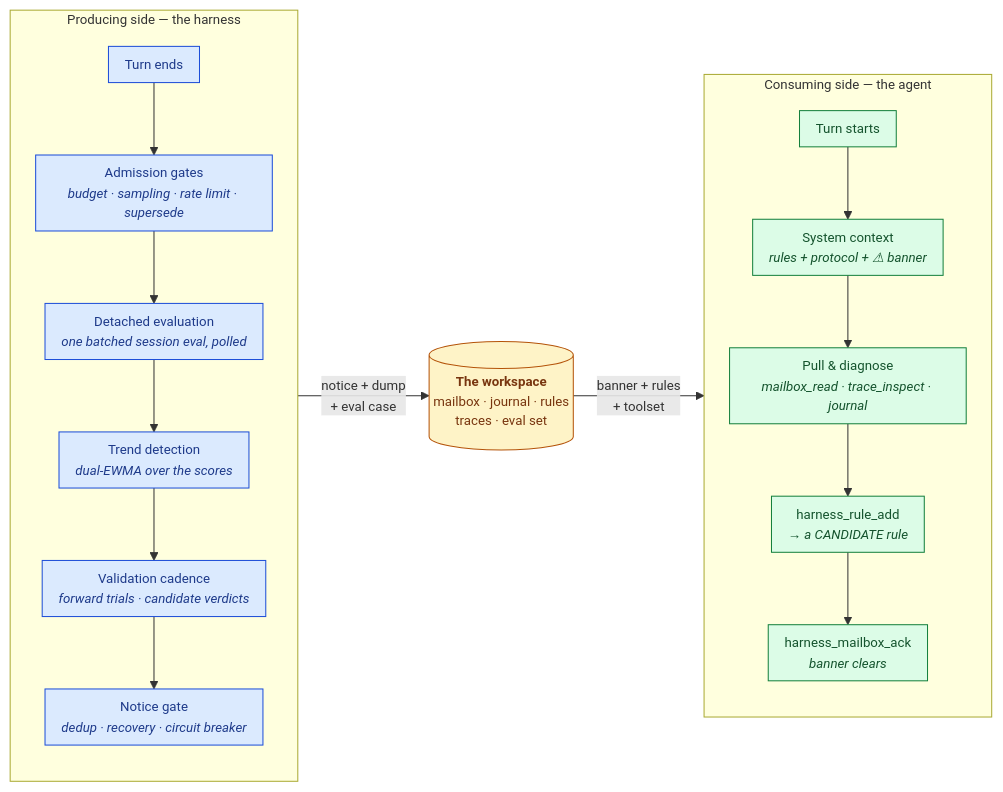
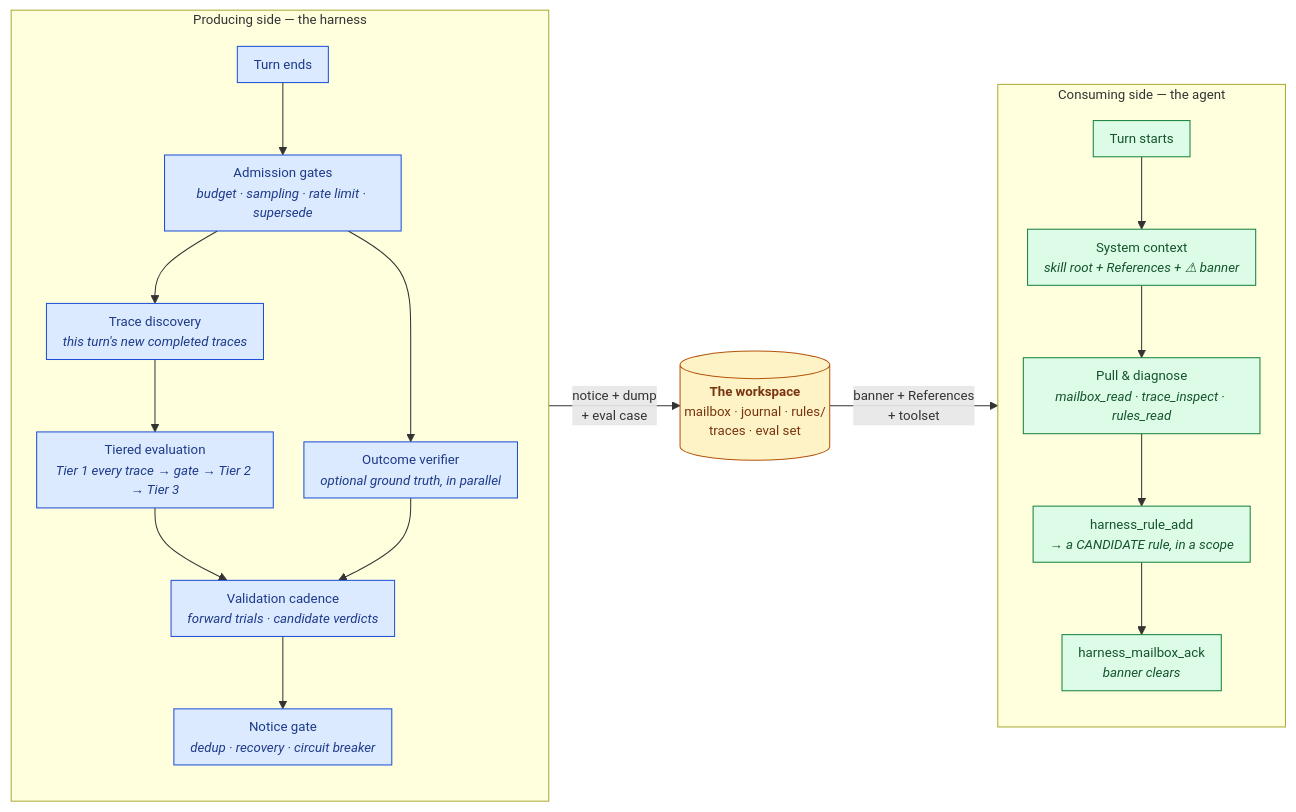
The diagram in docs/harness/get-started/how-it-works.mdx (gemhr/AgentEvalOps), drawn with Mermaid before and after one commit. The commit also changed other lines of this file, not shown here.

First line of the commit message:
docs: update harness architecture diagram for v0.7

````diff
--- a/docs/harness/get-started/how-it-works.mdx
+++ b/docs/harness/get-started/how-it-works.mdx
@@ -9,33 +9,35 @@
 ```mermaid
 %%{init: {'flowchart': {'nodeSpacing': 30, 'rankSpacing': 46, 'padding': 8}, 'themeVariables': {'fontSize': '13px'}}}%%
 flowchart LR
     subgraph producing["Producing side — the harness"]
         direction TB
         turnEnd["Turn ends"]:::harness
         gates["Admission gates<br/><i>budget · sampling · rate limit · supersede</i>"]:::harness
-        eval["Detached evaluation<br/><i>one batched session eval, polled</i>"]:::harness
-        trend["Trend detection<br/><i>dual-EWMA over the scores</i>"]:::harness
+        traces["Trace discovery<br/><i>this turn's new completed traces</i>"]:::harness
+        tiers["Tiered evaluation<br/><i>Tier 1 every trace → gate → Tier 2 → Tier 3</i>"]:::harness
+        verify["Outcome verifier<br/><i>optional ground truth, in parallel</i>"]:::harness
         validate["Validation cadence<br/><i>forward trials · candidate verdicts</i>"]:::harness
         gate["Notice gate<br/><i>dedup · recovery · circuit breaker</i>"]:::harness
-        turnEnd --> gates --> eval --> trend --> validate --> gate
+        turnEnd --> gates --> traces --> tiers --> validate --> gate
+        gates --> verify --> validate
     end
 
-    workspace[("<b>The workspace</b><br/>mailbox · journal · rules<br/>traces · eval set")]:::store
+    workspace[("<b>The workspace</b><br/>mailbox · journal · rules/<br/>traces · eval set")]:::store
 
     subgraph consuming["Consuming side — the agent"]
         direction TB
         turnStart["Turn starts"]:::agent
-        context["System context<br/><i>rules + protocol + ⚠ banner</i>"]:::agent
-        pull["Pull & diagnose<br/><i>mailbox_read · trace_inspect · journal</i>"]:::agent
-        addRule["harness_rule_add<br/><i>→ a CANDIDATE rule</i>"]:::agent
+        context["System context<br/><i>skill root + References + ⚠ banner</i>"]:::agent
+        pull["Pull &amp; diagnose<br/><i>mailbox_read · trace_inspect · rules_read</i>"]:::agent
+        addRule["harness_rule_add<br/><i>→ a CANDIDATE rule, in a scope</i>"]:::agent
         ack["harness_mailbox_ack<br/><i>banner clears</i>"]:::agent
         turnStart --> context --> pull --> addRule --> ack
     end
 
     producing -- "notice + dump<br/>+ eval case" --> workspace
-    workspace -- "banner + rules<br/>+ toolset" --> consuming
+    workspace -- "banner + References<br/>+ toolset" --> consuming
 
     classDef harness fill:#dbeafe,stroke:#1d4ed8,color:#1e3a8a
     classDef agent fill:#dcfce7,stroke:#15803d,color:#14532d
     classDef store fill:#fef3c7,stroke:#b45309,color:#78350f
 ```
````
